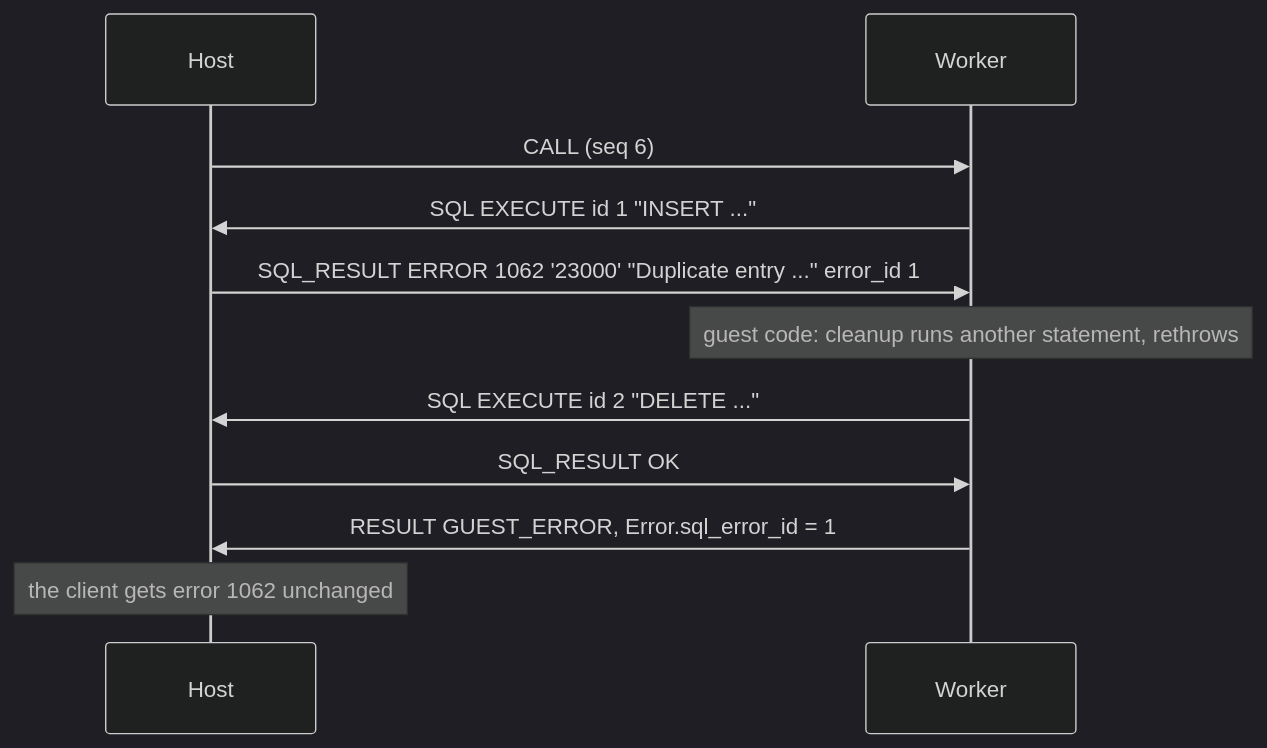
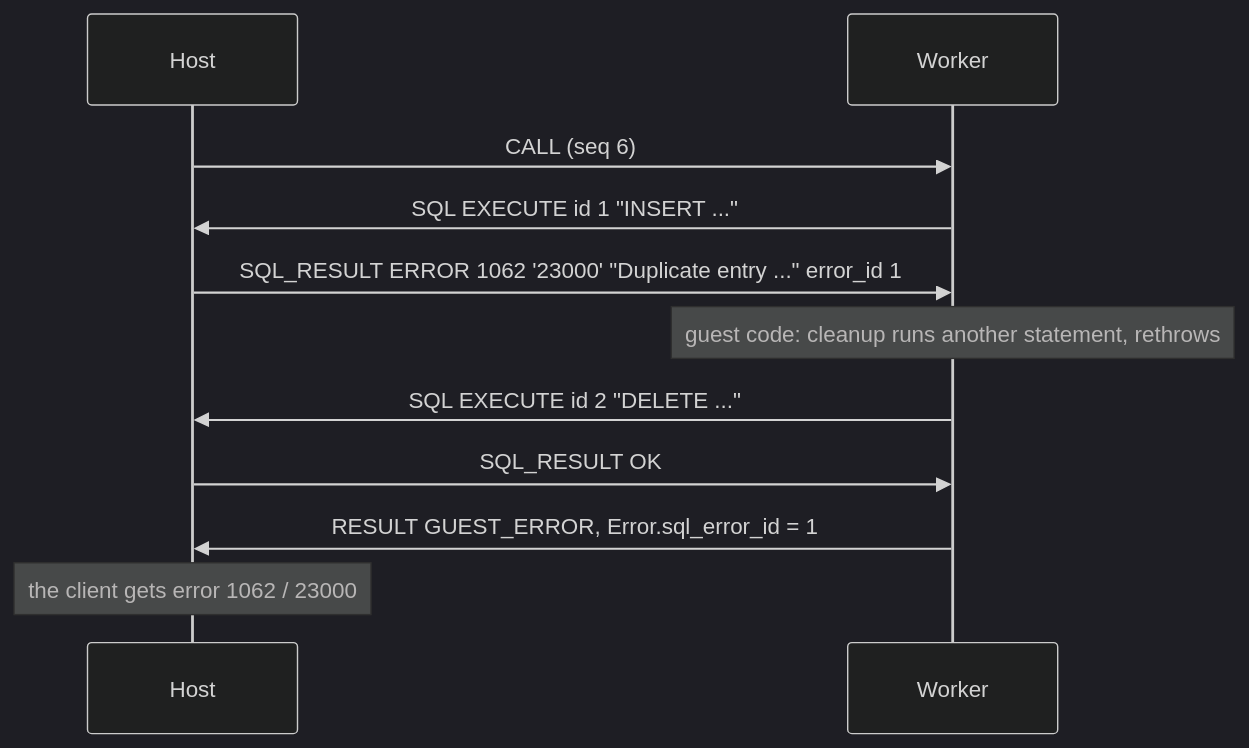
The sixth of 6 diagrams in docs/protocol.md (lukin-oleksiy/percona-mle), drawn with Mermaid (dark theme) before and after one commit. The commit also changed other lines of this file and 1 other file, not shown here.

````diff
--- a/docs/protocol.md
+++ b/docs/protocol.md
@@ -1793,13 +1897,13 @@
 ```mermaid
 sequenceDiagram
   participant H as Host
   participant W as Worker
   H->>W: CALL (seq 6)
   W->>H: SQL EXECUTE id 1 "INSERT ..."
   H->>W: SQL_RESULT ERROR 1062 '23000' "Duplicate entry ..." error_id 1
   Note over W: guest code: cleanup runs another statement, rethrows
   W->>H: SQL EXECUTE id 2 "DELETE ..."
   H->>W: SQL_RESULT OK
   W->>H: RESULT GUEST_ERROR, Error.sql_error_id = 1
-  Note over H: the client gets error 1062 unchanged
+  Note over H: the client gets error 1062 / 23000
 ```
````
